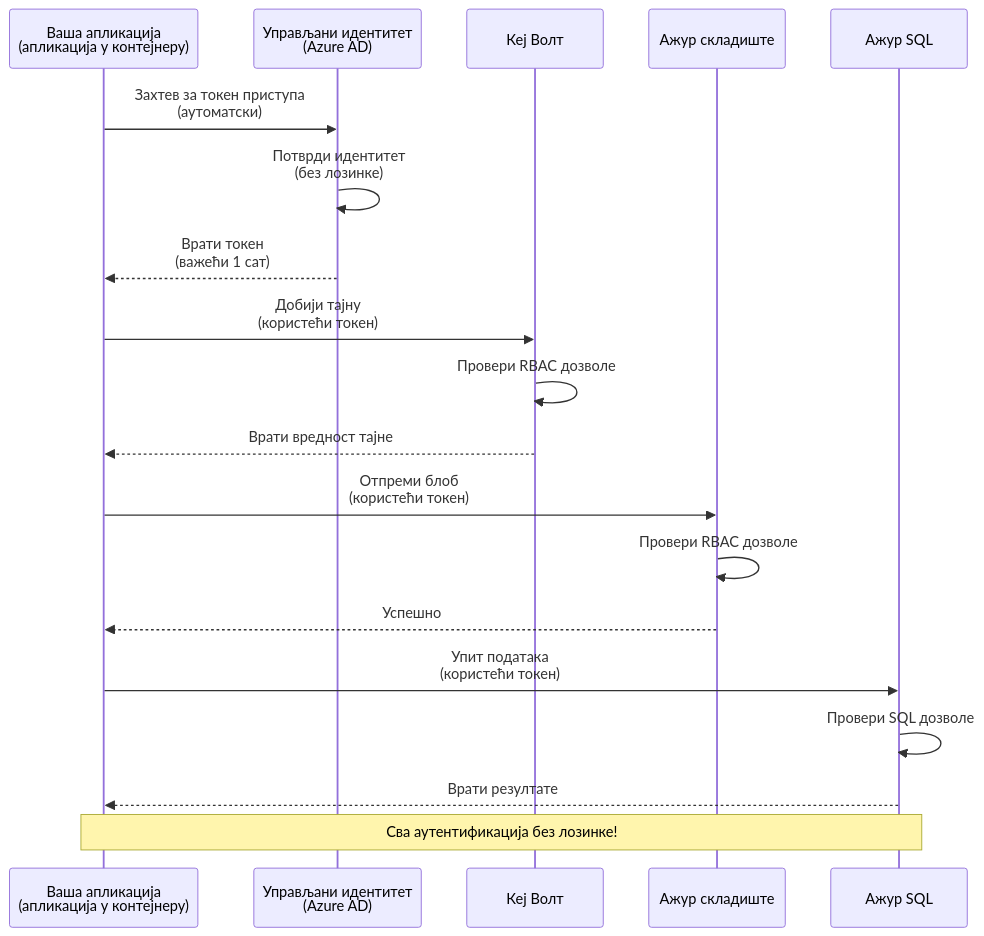
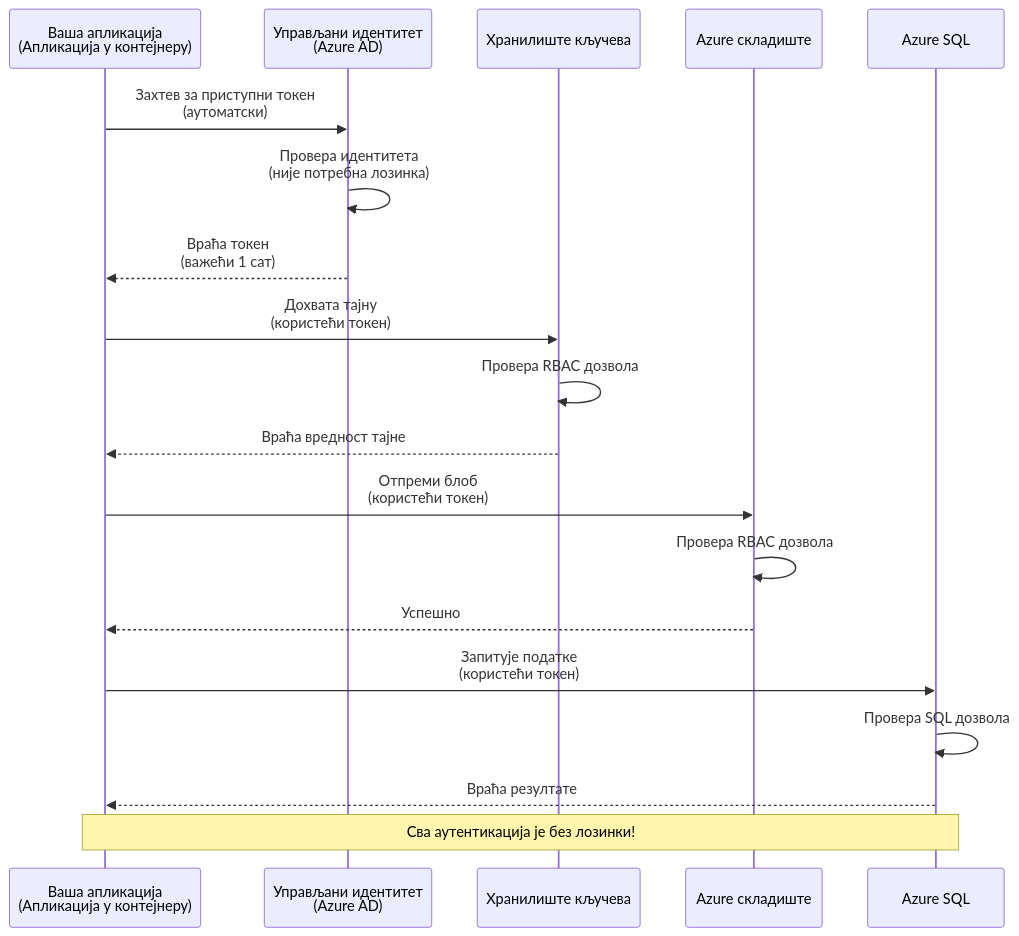
The first of 2 diagrams in translations/sr/docs/chapter-03-configuration/authsecurity.md (microsoft/AZD-for-beginners), drawn with Mermaid before and after one commit. The commit also changed other lines of this file and 101 other files, not shown here.

````diff
--- a/translations/sr/docs/chapter-03-configuration/authsecurity.md
+++ b/translations/sr/docs/chapter-03-configuration/authsecurity.md
@@ -69,26 +69,26 @@
 ```mermaid
 sequenceDiagram
-    participant App as Ваша апликација<br/>(апликација у контејнеру)
+    participant App as Ваша апликација<br/>(Апликација у контејнеру)
     participant MI as Управљани идентитет<br/>(Azure AD)
-    participant KV as Кеј Волт
-    participant Storage as Ажур складиште
-    participant DB as Ажур SQL
+    participant KV as Хранилиште кључева
+    participant Storage as Azure складиште
+    participant DB as Azure SQL
     
-    App->>MI: Захтев за токен приступа<br/>(аутоматски)
-    MI->>MI: Потврди идентитет<br/>(без лозинке)
-    MI-->>App: Врати токен<br/>(важећи 1 сат)
+    App->>MI: Захтев за приступни токен<br/>(аутоматски)
+    MI->>MI: Провера идентитета<br/>(није потребна лозинка)
+    MI-->>App: Враћа токен<br/>(важећи 1 сат)
     
-    App->>KV: Добији тајну<br/>(користећи токен)
-    KV->>KV: Провери RBAC дозволе
-    KV-->>App: Врати вредност тајне
+    App->>KV: Дохвата тајну<br/>(користећи токен)
+    KV->>KV: Провера RBAC дозвола
+    KV-->>App: Враћа вредност тајне
     
     App->>Storage: Отпреми блоб<br/>(користећи токен)
-    Storage->>Storage: Провери RBAC дозволе
+    Storage->>Storage: Провера RBAC дозвола
     Storage-->>App: Успешно
     
-    App->>DB: Упит података<br/>(користећи токен)
-    DB->>DB: Провери SQL дозволе
-    DB-->>App: Врати резултате
+    App->>DB: Запитује податке<br/>(користећи токен)
+    DB->>DB: Провера SQL дозвола
+    DB-->>App: Враћа резултате
     
-    Note over App,DB: Сва аутентификација без лозинке!
+    Note over App,DB: Сва аутентикација је без лозинки!
 ```
````
